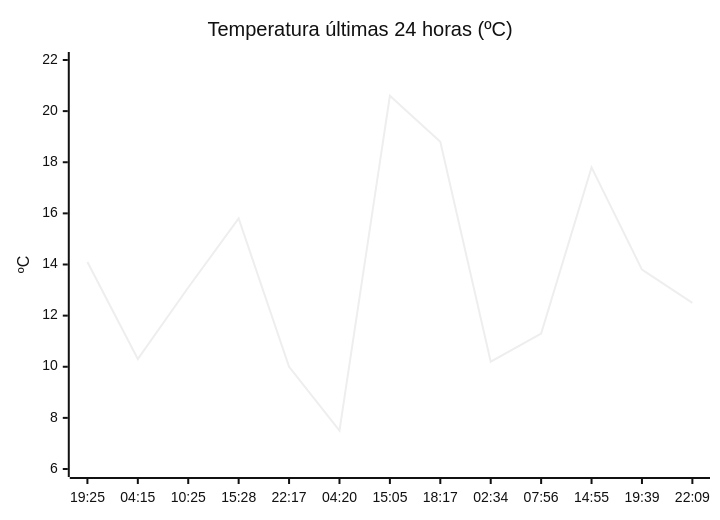
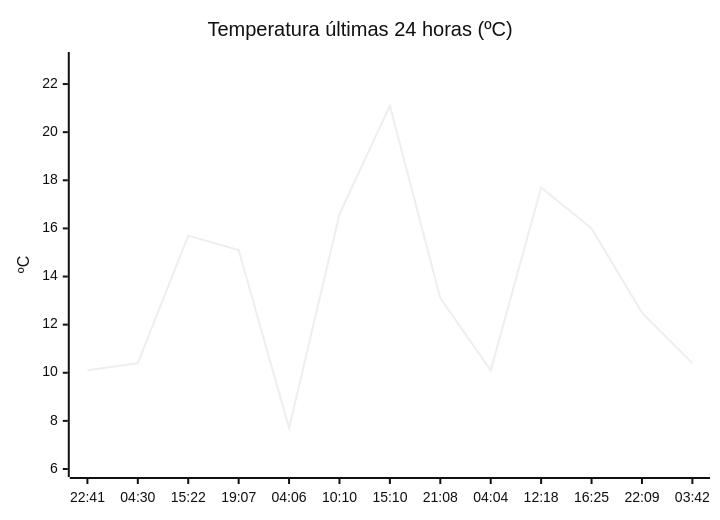
The diagram in README.md (solidsnk86/rem-scrap), drawn with Mermaid (neutral theme) before and after one commit. The commit also changed other lines of this file, not shown here.

````diff
--- a/README.md
+++ b/README.md
@@ -36,7 +36,7 @@
 ```mermaid
 xychart-beta
     title "Temperatura últimas 24 horas (ºC)"
-    x-axis ["19:25", "04:15", "10:25", "15:28", "22:17", "04:20", "15:05", "18:17", "02:34", "07:56", "14:55", "19:39", "22:09"]
-    y-axis "ºC" 6 --> 22
-    line [14.1, 10.3, 13.1, 15.8, 10, 7.5, 20.6, 18.8, 10.2, 11.3, 17.8, 13.8, 12.5]
+    x-axis ["22:41", "04:30", "15:22", "19:07", "04:06", "10:10", "15:10", "21:08", "04:04", "12:18", "16:25", "22:09", "03:42"]
+    y-axis "ºC" 6 --> 23
+    line [10.1, 10.4, 15.7, 15.1, 7.7, 16.6, 21.1, 13.1, 10.1, 17.7, 16, 12.5, 10.4]
 ```
````
